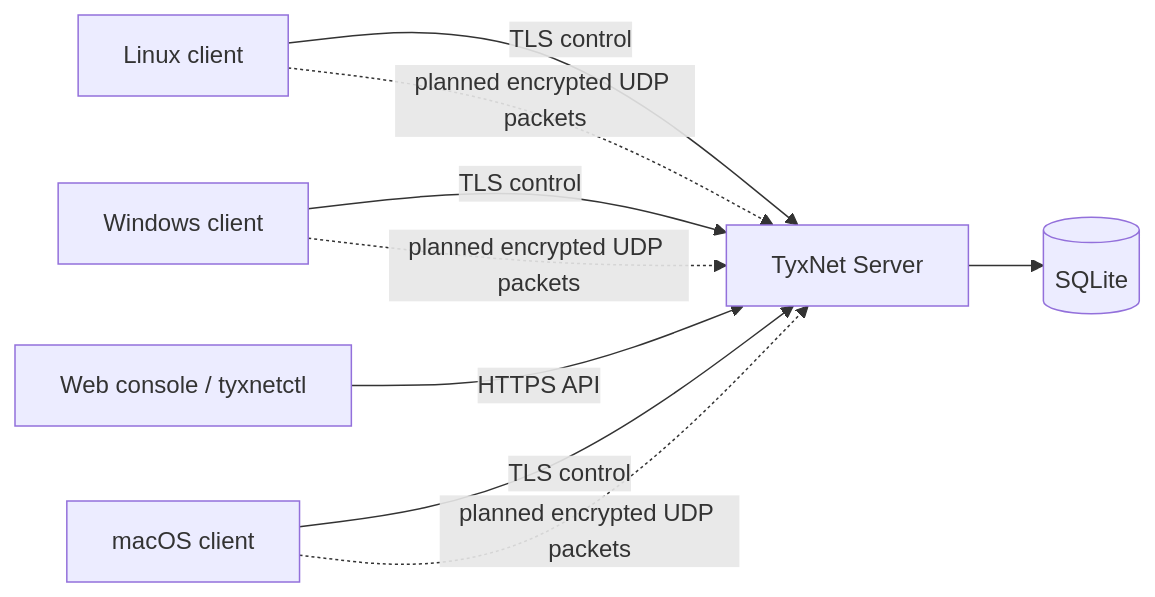
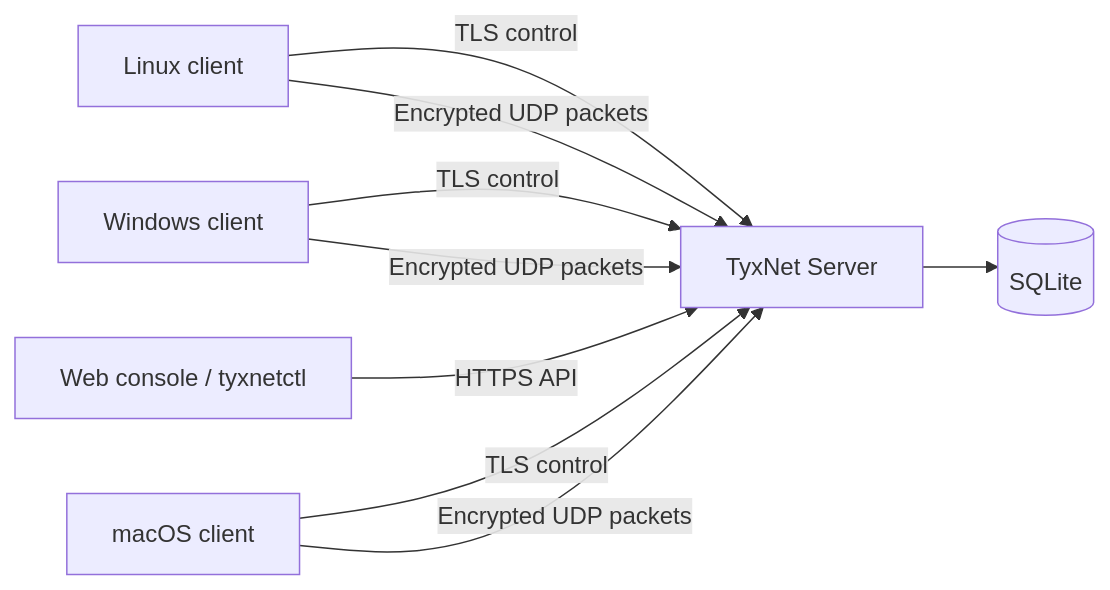
One commit to fbeser/tyxnet changed the diagram in README.md. Above: the diagram before and after it, drawn with Mermaid. The commit also changed other lines of this file and 36 other files, not shown here.

````diff
--- a/README.md
+++ b/README.md
@@ -207,11 +232,11 @@
 ```mermaid
 flowchart LR
   LC[Linux client] -->|TLS control| S[TyxNet Server]
   WC[Windows client] -->|TLS control| S
   MC[macOS client] -->|TLS control| S
   UI[Web console / tyxnetctl] -->|HTTPS API| S
   S --> DB[(SQLite)]
-  LC -. planned encrypted UDP packets .-> S
-  WC -. planned encrypted UDP packets .-> S
-  MC -. planned encrypted UDP packets .-> S
+  LC -->|Encrypted UDP packets| S
+  WC -->|Encrypted UDP packets| S
+  MC -->|Encrypted UDP packets| S
 ```
````
